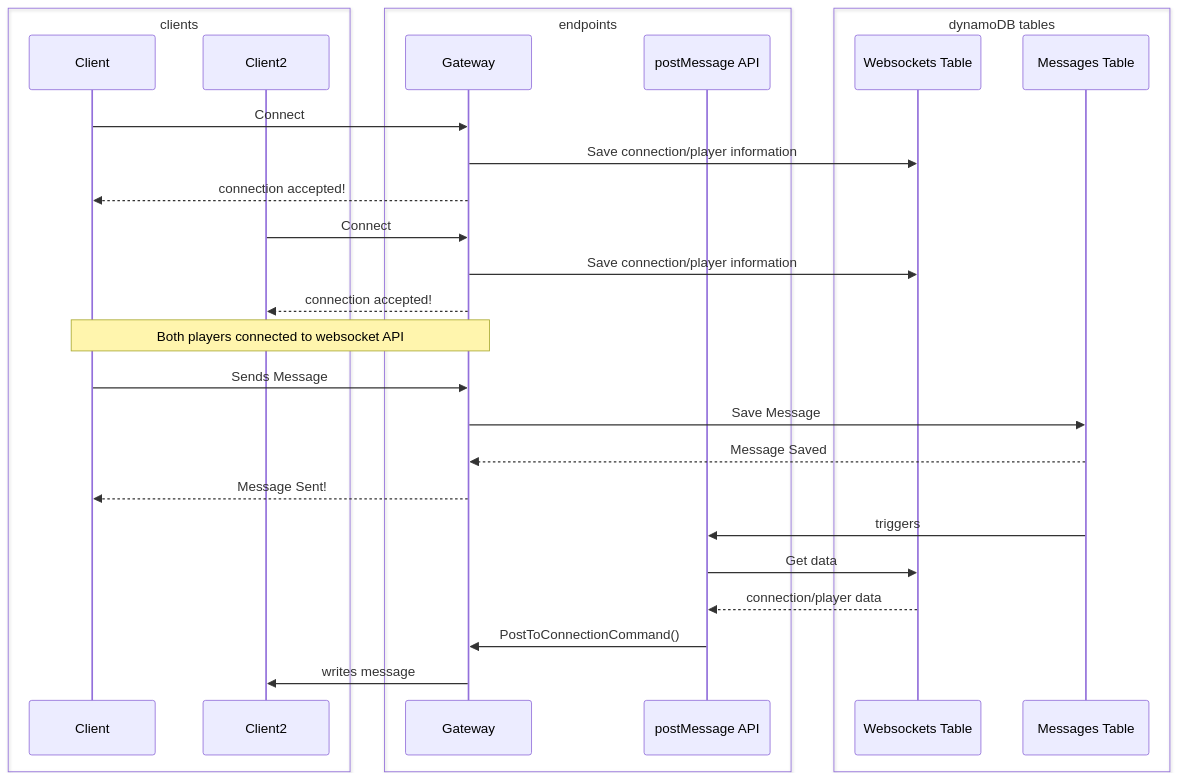
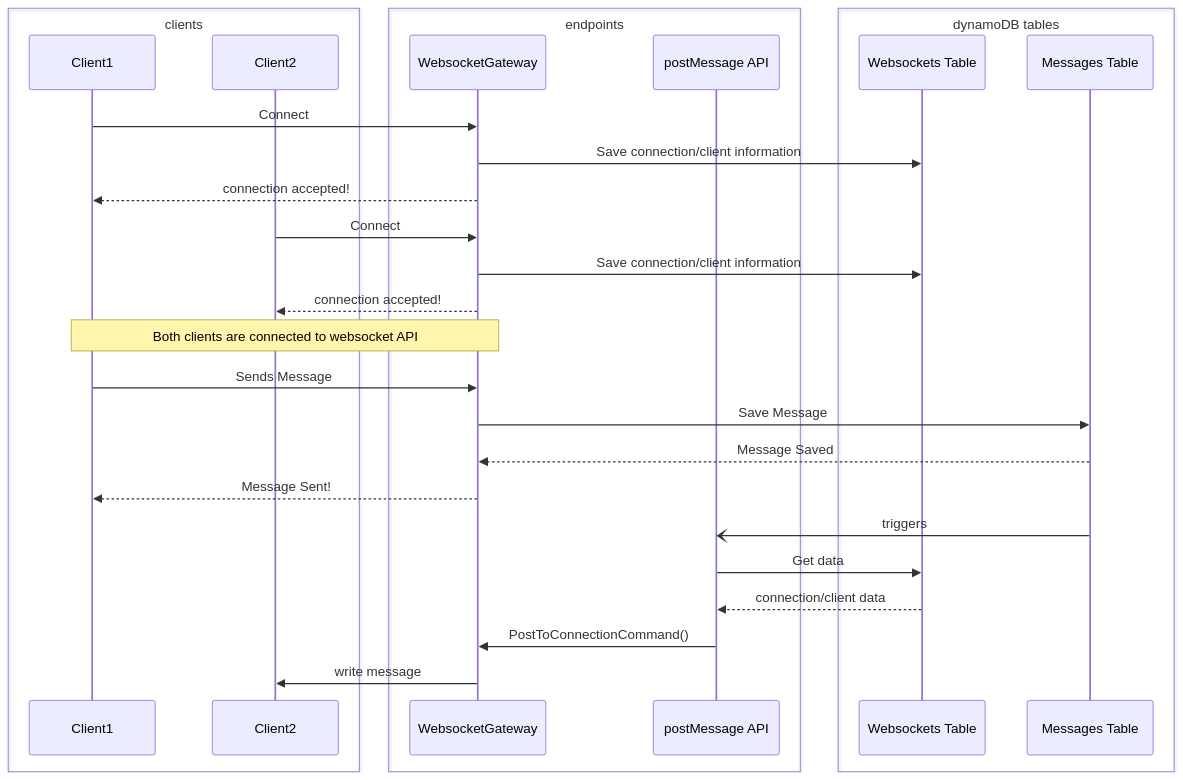
Before and after one commit to felipedamin/serverless-websockets: the diagram in README.md, drawn with Mermaid. The commit also changed other lines of this file and 1 other file, not shown here.

````diff
--- a/README.md
+++ b/README.md
@@ -6,36 +14,36 @@
 ``` mermaid
 sequenceDiagram
   box clients
-    participant Client
+    participant Client1
     participant Client2
   end
   box endpoints
-    participant Gateway
+    participant WebsocketGateway
     participant postMessage API
   end
   box dynamoDB tables
     participant Websockets Table
     participant Messages Table
   end
   
-  Client->>Gateway: Connect
-  Gateway->>Websockets Table: Save connection/player information
-  Gateway-->>Client: connection accepted!
+  Client1->>WebsocketGateway: Connect
+  WebsocketGateway->>Websockets Table: Save connection/client information
+  WebsocketGateway-->>Client1: connection accepted!
   
-  Client2->>Gateway: Connect
-  Gateway->>Websockets Table: Save connection/player information
-  Gateway-->>Client2: connection accepted!
+  Client2->>WebsocketGateway: Connect
+  WebsocketGateway->>Websockets Table: Save connection/client information
+  WebsocketGateway-->>Client2: connection accepted!
 
-  Note over Client,Gateway: Both players connected to websocket API
+  Note over Client1,WebsocketGateway: Both clients are connected to websocket API
 
-  Client->>Gateway: Sends Message
-  Gateway->>Messages Table: Save Message
-  Messages Table-->>Gateway: Message Saved
-  Gateway-->>Client: Message Sent!
-  Messages Table->>postMessage API: triggers
+  Client1->>WebsocketGateway: Sends Message
+  WebsocketGateway->>Messages Table: Save Message
+  Messages Table-->>WebsocketGateway: Message Saved
+  WebsocketGateway-->>Client1: Message Sent!
+  Messages Table-)postMessage API: triggers
 
   postMessage API->>Websockets Table: Get data
-  Websockets Table-->>postMessage API: connection/player data
-  postMessage API->>Gateway: PostToConnectionCommand()
-  Gateway->>Client2: writes message
+  Websockets Table-->>postMessage API: connection/client data
+  postMessage API->>WebsocketGateway: PostToConnectionCommand()
+  WebsocketGateway->>Client2: write message
 ```
````
